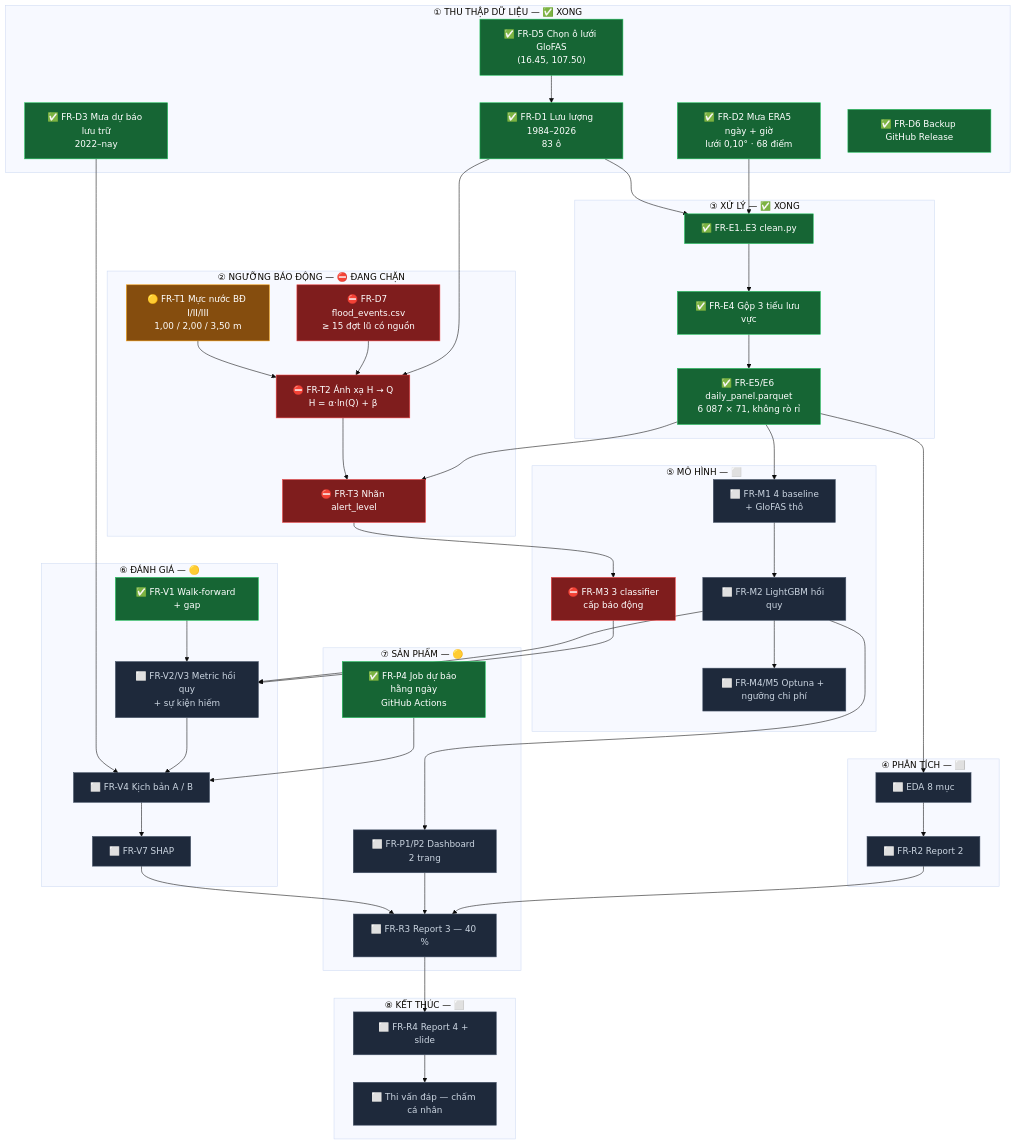
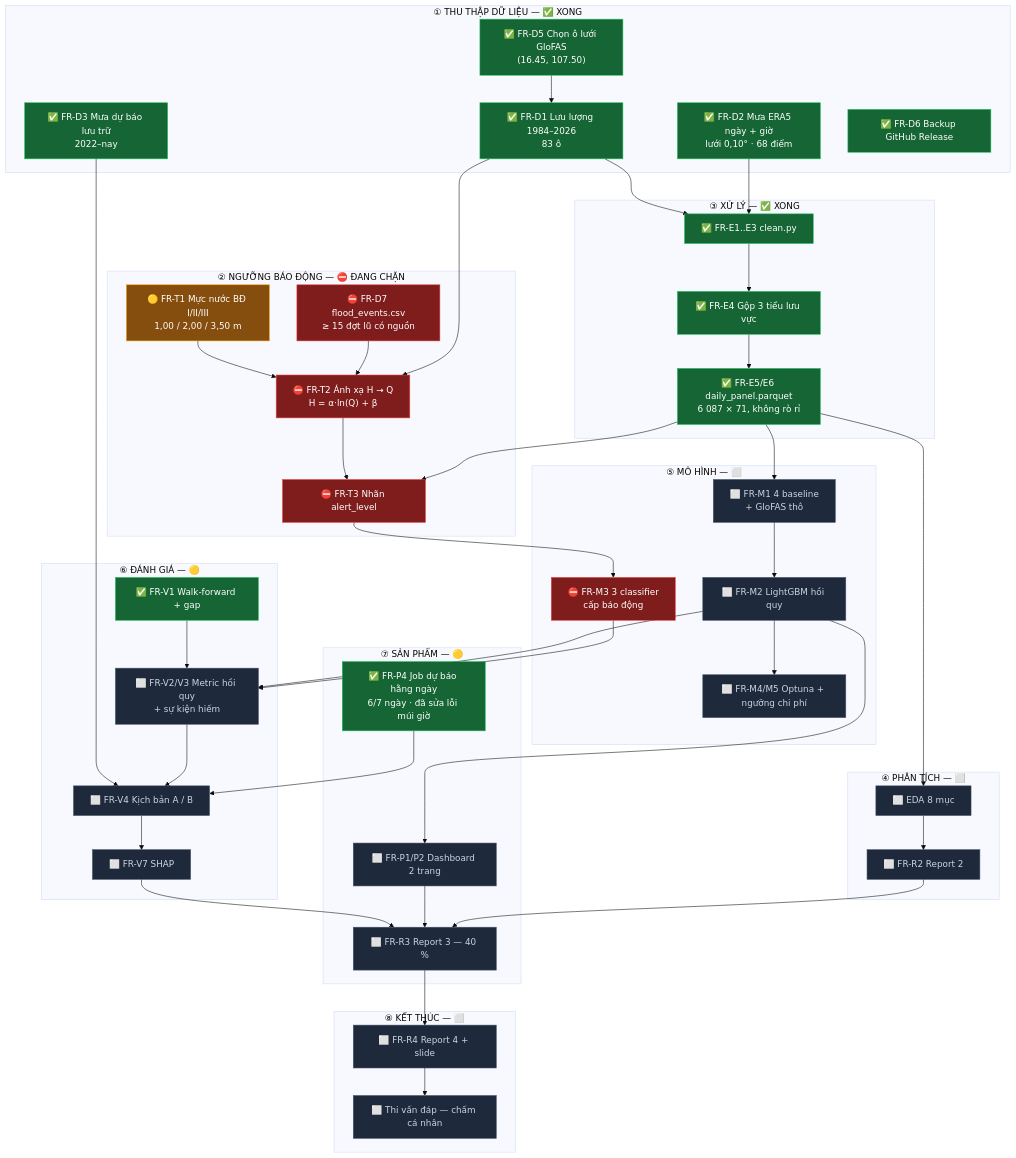
Before and after one commit to GiapDN-13/DSP391m-flood-forecast: the diagram in docs/FLOW.md, drawn with Mermaid (base theme). The commit also changed other lines of this file and 10 other files, not shown here.

First line of the commit message:
fix(ops): job du bao mat ngay 20/09 du Actions bao xanh 6 lan

````diff
--- a/docs/FLOW.md
+++ b/docs/FLOW.md
@@ -9,82 +9,82 @@
 ```mermaid
 flowchart TD
     subgraph A["① THU THẬP DỮ LIỆU — ✅ XONG"]
         A1["✅ FR-D5 Chọn ô lưới GloFAS<br/>(16.45, 107.50)"]
         A2["✅ FR-D1 Lưu lượng 1984–2026<br/>83 ô"]
         A3["✅ FR-D2 Mưa ERA5 ngày + giờ<br/>lưới 0,10° · 68 điểm"]
         A4["✅ FR-D3 Mưa dự báo lưu trữ<br/>2022–nay"]
         A5["✅ FR-D6 Backup GitHub Release"]
     end
 
     subgraph B["② NGƯỠNG BÁO ĐỘNG — ⛔ ĐANG CHẶN"]
         B1["🟡 FR-T1 Mực nước BĐ I/II/III<br/>1,00 / 2,00 / 3,50 m"]
         B2["⛔ FR-D7 flood_events.csv<br/>≥ 15 đợt lũ có nguồn"]
         B3["⛔ FR-T2 Ánh xạ H → Q<br/>H = α·ln(Q) + β"]
         B4["⛔ FR-T3 Nhãn alert_level"]
     end
 
     subgraph C["③ XỬ LÝ — ✅ XONG"]
         C1["✅ FR-E1..E3 clean.py"]
         C2["✅ FR-E4 Gộp 3 tiểu lưu vực"]
         C3["✅ FR-E5/E6 daily_panel.parquet<br/>6 087 × 71, không rò rỉ"]
     end
 
     subgraph D["④ PHÂN TÍCH — ⬜"]
         D1["⬜ EDA 8 mục"]
         D2["⬜ FR-R2 Report 2"]
     end
 
     subgraph E["⑤ MÔ HÌNH — ⬜"]
         E1["⬜ FR-M1 4 baseline<br/>+ GloFAS thô"]
         E2["⬜ FR-M2 LightGBM hồi quy"]
         E3["⛔ FR-M3 3 classifier<br/>cấp báo động"]
         E4["⬜ FR-M4/M5 Optuna + ngưỡng chi phí"]
     end
 
     subgraph F["⑥ ĐÁNH GIÁ — 🟡"]
         F1["✅ FR-V1 Walk-forward + gap"]
         F2["⬜ FR-V2/V3 Metric hồi quy<br/>+ sự kiện hiếm"]
         F3["⬜ FR-V4 Kịch bản A / B"]
         F4["⬜ FR-V7 SHAP"]
     end
 
     subgraph G["⑦ SẢN PHẨM — 🟡"]
-        G1["✅ FR-P4 Job dự báo hằng ngày<br/>GitHub Actions"]
+        G1["✅ FR-P4 Job dự báo hằng ngày<br/>6/7 ngày · đã sửa lỗi múi giờ"]
         G2["⬜ FR-P1/P2 Dashboard 2 trang"]
         G3["⬜ FR-R3 Report 3 — 40 %"]
     end
 
     subgraph H["⑧ KẾT THÚC — ⬜"]
         H1["⬜ FR-R4 Report 4 + slide"]
         H2["⬜ Thi vấn đáp — chấm cá nhân"]
     end
 
     A2 --> C1
     A3 --> C1
     C1 --> C2 --> C3
     A1 --> A2
     B1 --> B3
     B2 --> B3 --> B4
     A2 --> B3
     C3 --> B4
     C3 --> D1 --> D2
     B4 --> E3
     C3 --> E1 --> E2 --> E4
     A4 --> F3
     E2 --> F2
     E3 --> F2
     F1 --> F2 --> F3 --> F4
     F4 --> G3
     E2 --> G2 --> G3
     G1 --> F3
     D2 --> G3 --> H1 --> H2
 
     classDef done fill:#166534,stroke:#22c55e,color:#fff
     classDef wip fill:#854d0e,stroke:#f59e0b,color:#fff
     classDef blocked fill:#7f1d1d,stroke:#ef4444,color:#fff
     classDef todo fill:#1e293b,stroke:#475569,color:#cbd5e1
     class A1,A2,A3,A4,A5,C1,C2,C3,F1,G1 done
     class B1 wip
     class B2,B3,B4,E3 blocked
     class D1,D2,E1,E2,E4,F2,F3,F4,G2,G3,H1,H2 todo
 ```
````
